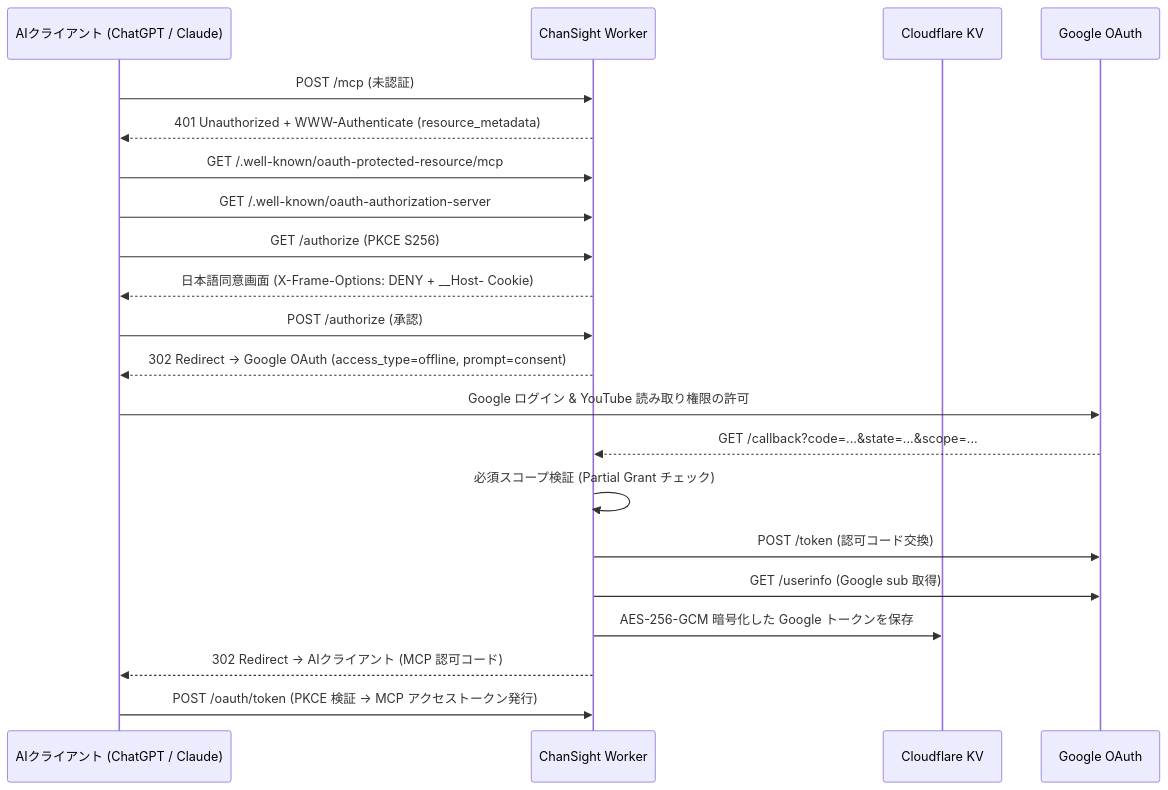
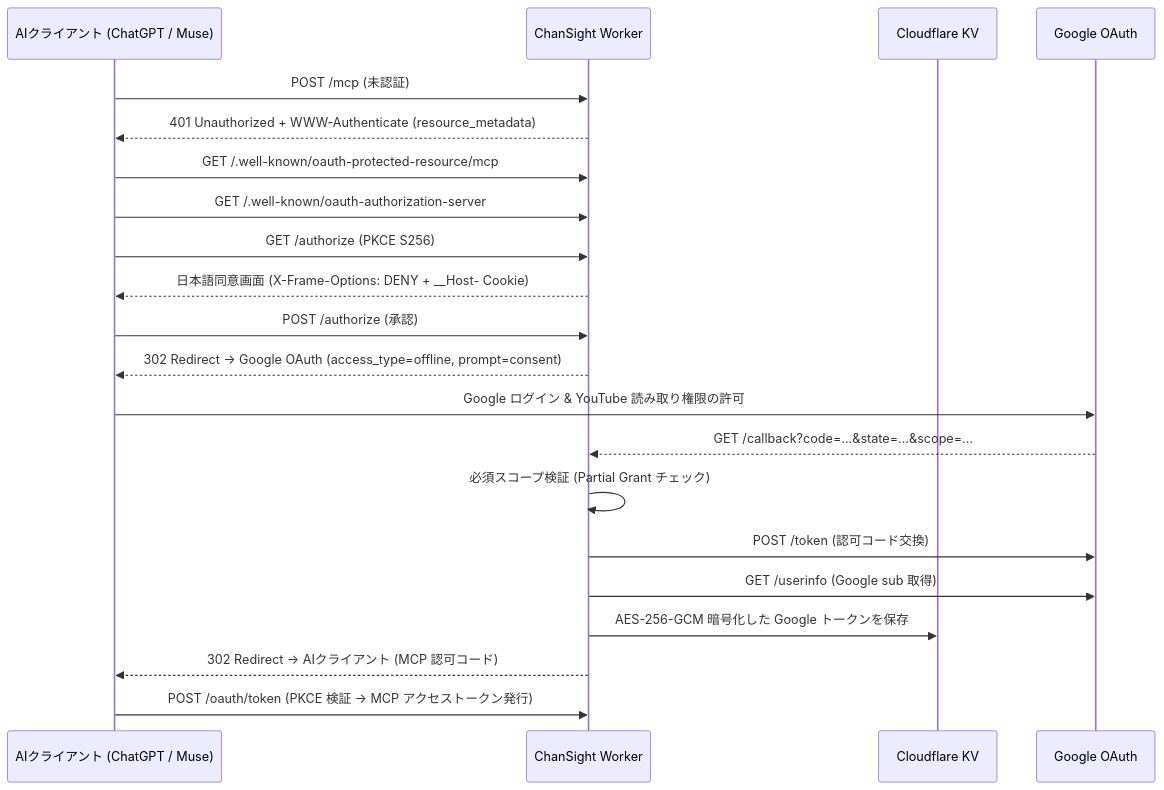
One commit to nseto-swdev/chansight changed the second of 2 diagrams in docs/ARCHITECTURE.md. Above: the diagram before and after it, drawn with Mermaid. The commit also changed other lines of this file and 18 other files, not shown here.

````diff
--- a/docs/ARCHITECTURE.md
+++ b/docs/ARCHITECTURE.md
@@ -86,24 +89,24 @@
 ```mermaid
 sequenceDiagram
-    participant C as AIクライアント (ChatGPT / Claude)
+    participant C as AIクライアント (ChatGPT / Muse)
     participant W as ChanSight Worker
     participant KV as Cloudflare KV
     participant G as Google OAuth
 
     C->>W: POST /mcp (未認証)
     W-->>C: 401 Unauthorized + WWW-Authenticate (resource_metadata)
     C->>W: GET /.well-known/oauth-protected-resource/mcp
     C->>W: GET /.well-known/oauth-authorization-server
     C->>W: GET /authorize (PKCE S256)
     W-->>C: 日本語同意画面 (X-Frame-Options: DENY + __Host- Cookie)
     C->>W: POST /authorize (承認)
     W-->>C: 302 Redirect -> Google OAuth (access_type=offline, prompt=consent)
     C->>G: Google ログイン & YouTube 読み取り権限の許可
     G-->>W: GET /callback?code=...&state=...&scope=...
     W->>W: 必須スコープ検証 (Partial Grant チェック)
     W->>G: POST /token (認可コード交換)
     W->>G: GET /userinfo (Google sub 取得)
     W->>KV: AES-256-GCM 暗号化した Google トークンを保存
     W-->>C: 302 Redirect -> AIクライアント (MCP 認可コード)
     C->>W: POST /oauth/token (PKCE 検証 -> MCP アクセストークン発行)
 ```
````
